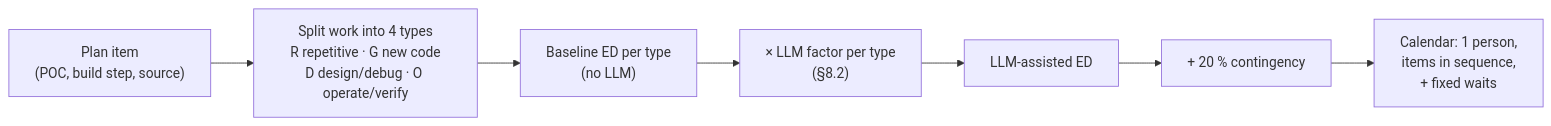
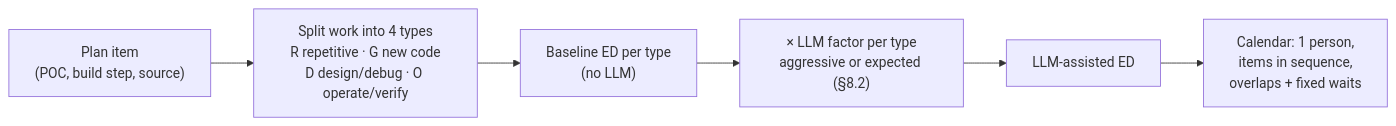
One commit to infroid/temporal-vs-dagster changed diagram 11 of 13 in docs/2-migration-plan.md. Above: the diagram before and after it, drawn with Mermaid. The commit also changed other lines of this file and 2 other files, not shown here.

First line of the commit message:
Aggressive target timeline and POC phase at a glance

````diff
--- a/docs/2-migration-plan.md
+++ b/docs/2-migration-plan.md
@@ -783,9 +856,8 @@
 ```mermaid
 flowchart LR
   I["Plan item<br/>(POC, build step, source)"] --> S["Split work into 4 types<br/>R repetitive · G new code<br/>D design/debug · O operate/verify"]
   S --> B["Baseline ED per type<br/>(no LLM)"]
-  B --> X["× LLM factor per type<br/>(§8.2)"]
+  B --> X["× LLM factor per type<br/>aggressive or expected (§8.2)"]
   X --> L["LLM-assisted ED"]
-  L --> C["+ 20 % contingency"]
-  C --> T["Calendar: 1 person,<br/>items in sequence,<br/>+ fixed waits"]
+  L --> T["Calendar: 1 person,<br/>items in sequence,<br/>overlaps + fixed waits"]
 ```
````
